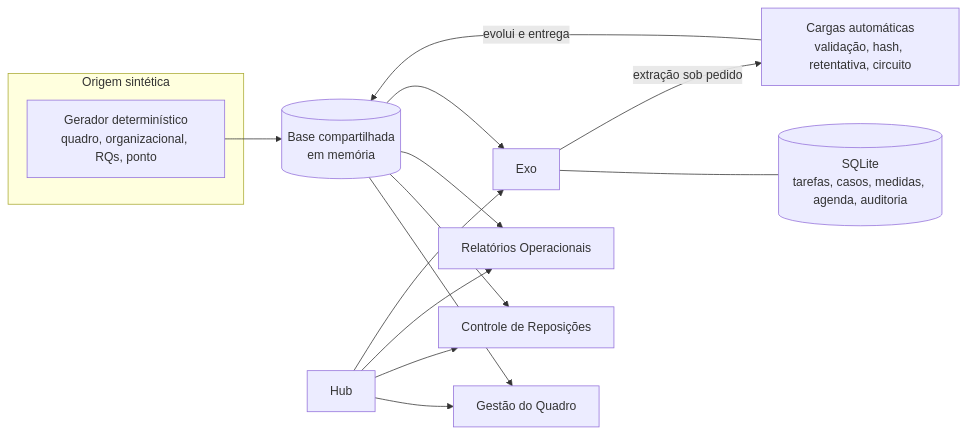
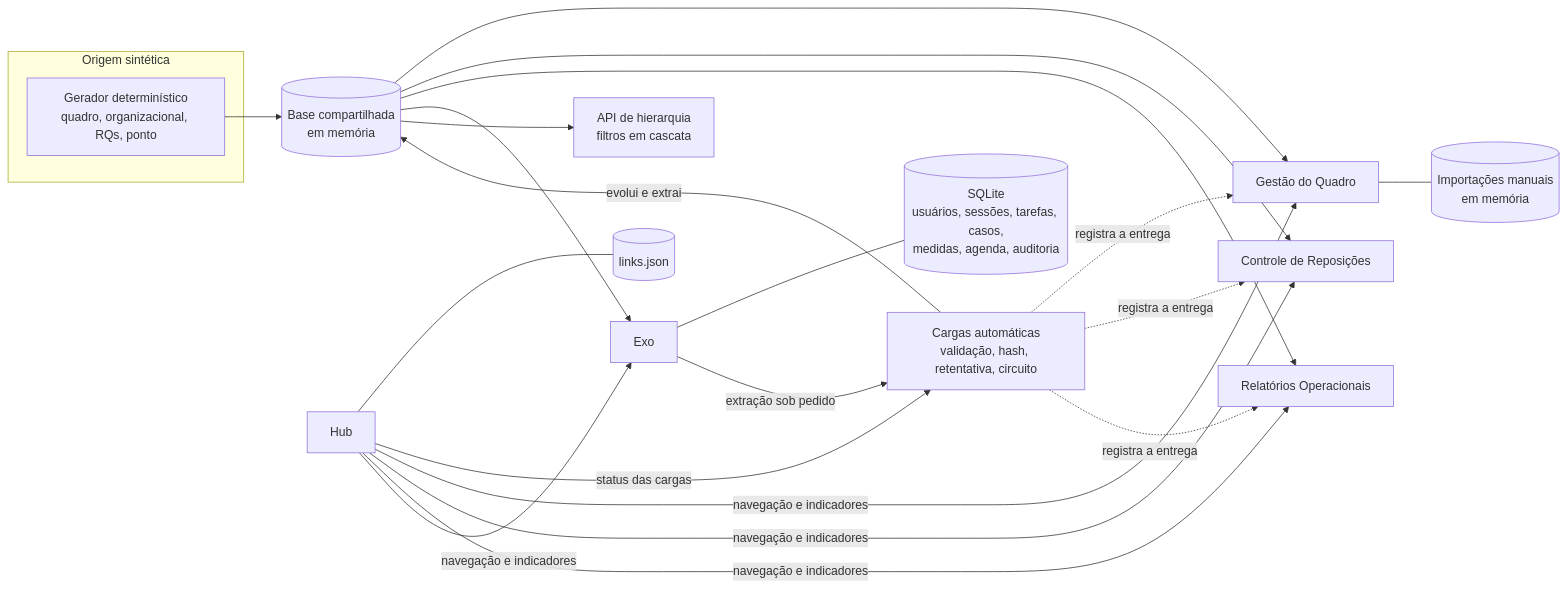
Before and after one commit to sdtx-git/ecossistema-portfolio: the diagram in README.md, drawn with Mermaid. The commit also changed other lines of this file and 4 other files, not shown here.

````diff
--- a/README.md
+++ b/README.md
@@ -45,15 +47,20 @@
 ```mermaid
 flowchart LR
     subgraph Origem sintética
         G[Gerador determinístico<br/>quadro, organizacional, RQs, ponto]
     end
     G --> B[(Base compartilhada<br/>em memória)]
-    C[Cargas automáticas<br/>validação, hash, retentativa, circuito] -->|evolui e entrega| B
+    C[Cargas automáticas<br/>validação, hash, retentativa, circuito] -->|evolui e extrai| B
+    C -.->|registra a entrega| Q & R & O
     B --> Q[Gestão do Quadro]
     B --> R[Controle de Reposições]
     B --> O[Relatórios Operacionais]
     B --> E[Exo]
-    E --- S[(SQLite<br/>tarefas, casos, medidas, agenda, auditoria)]
-    H[Hub] --> Q & R & O & E
+    B --> A[API de hierarquia<br/>filtros em cascata]
+    Q --- I[(Importações manuais<br/>em memória)]
+    E --- S[(SQLite<br/>usuários, sessões, tarefas, casos,<br/>medidas, agenda, auditoria)]
     E -->|extração sob pedido| C
+    H[Hub] --- L[(links.json)]
+    H -->|status das cargas| C
+    H -->|navegação e indicadores| Q & R & O & E
 ```
````
